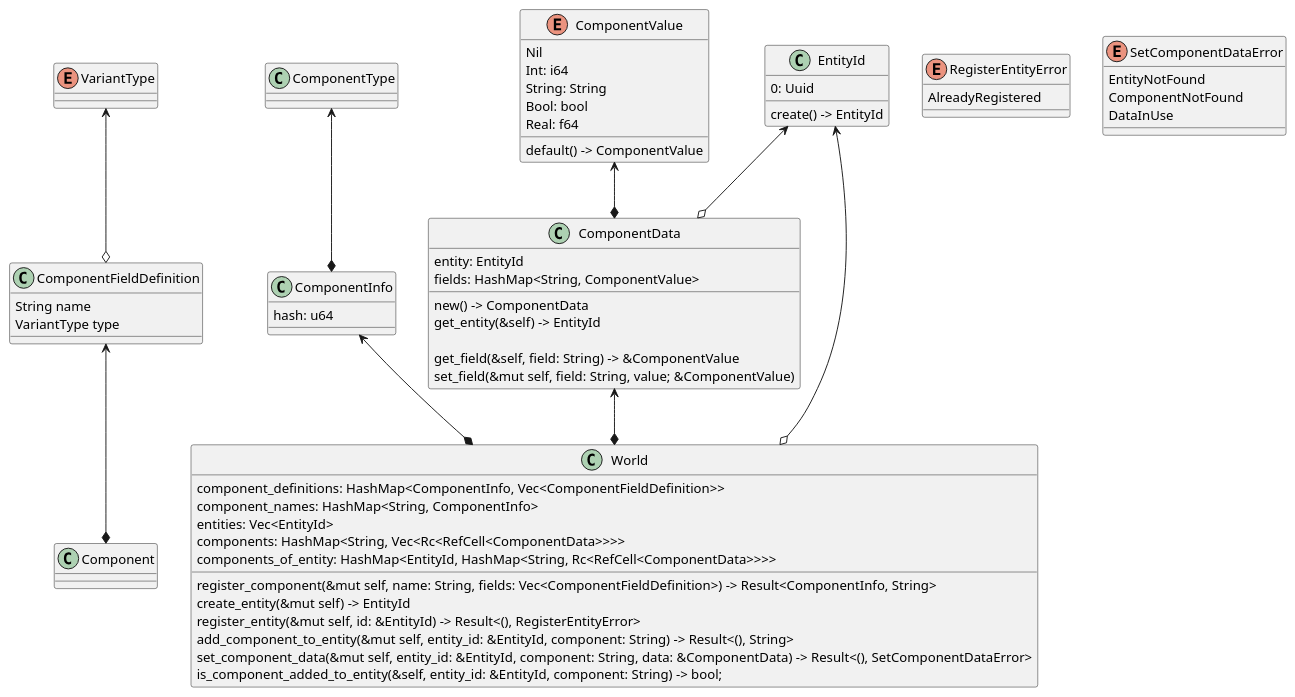
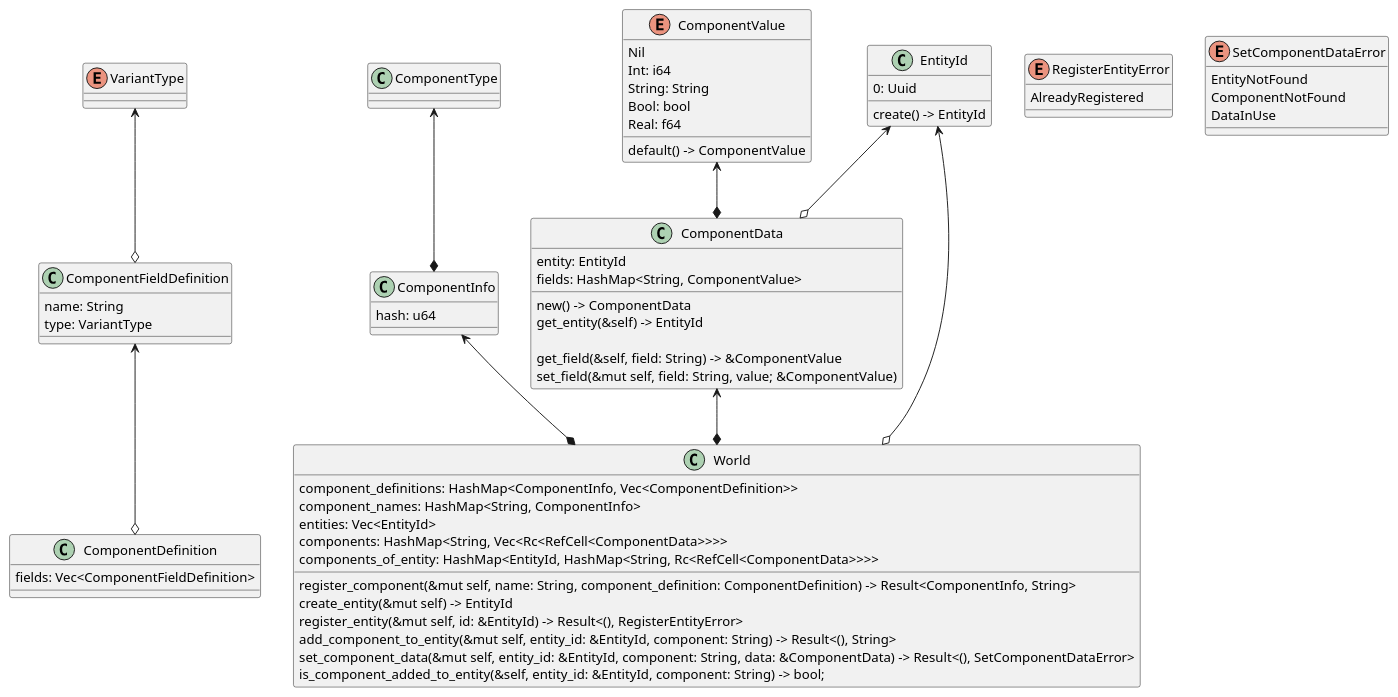
Before and after one commit to Beliar83/godot-component-system: the diagram in model/ClassDiagram.puml, drawn with PlantUML. The commit also changed 11 other files, not shown here.

Commit message:
Refactoring Add ComponentDefinition to hold the fields of a component, instead of a Vec Add some functions to create types from C++

```diff
--- a/model/ClassDiagram.puml
+++ b/model/ClassDiagram.puml
@@ -1,76 +1,80 @@
 @startuml
 'https://plantuml.com/class-diagram
 
 VariantType <--o ComponentFieldDefinition
-ComponentFieldDefinition <--* Component
 ComponentType <--* ComponentInfo
 ComponentInfo <--* World
 ComponentValue <--* ComponentData
 ComponentData <--* World
 EntityId <--o ComponentData
 EntityId <--o World
+ComponentFieldDefinition <--o ComponentDefinition
 
 enum VariantType
 
 class ComponentFieldDefinition {
-    String name
-    VariantType type
+    name: String
+    type: VariantType
+}
+
+class ComponentDefinition {
+    fields: Vec<ComponentFieldDefinition>
 }
 
 class ComponentInfo {
     hash: u64
 }
 
 class ComponentData {
     entity: EntityId
     fields: HashMap<String, ComponentValue>
 
     new() -> ComponentData
     get_entity(&self) -> EntityId
 
     get_field(&self, field: String) -> &ComponentValue
     set_field(&mut self, field: String, value; &ComponentValue)
 }
 
 enum ComponentValue {
     Nil
     Int: i64
     String: String
     Bool: bool
     Real: f64
 
     default() -> ComponentValue
 }
 
 class EntityId {
     0: Uuid
 
     create() -> EntityId
 }
 
 enum RegisterEntityError {
     AlreadyRegistered
 }
 
 enum SetComponentDataError {
     EntityNotFound
     ComponentNotFound
     DataInUse
 }
 
 class World {
-    component_definitions: HashMap<ComponentInfo, Vec<ComponentFieldDefinition>>
+    component_definitions: HashMap<ComponentInfo, Vec<ComponentDefinition>>
     component_names: HashMap<String, ComponentInfo>
     entities: Vec<EntityId>
     components: HashMap<String, Vec<Rc<RefCell<ComponentData>>>>
     components_of_entity: HashMap<EntityId, HashMap<String, Rc<RefCell<ComponentData>>>>
 
-    register_component(&mut self, name: String, fields: Vec<ComponentFieldDefinition>) -> Result<ComponentInfo, String>
+    register_component(&mut self, name: String, component_definition: ComponentDefinition) -> Result<ComponentInfo, String>
     create_entity(&mut self) -> EntityId
     register_entity(&mut self, id: &EntityId) -> Result<(), RegisterEntityError>
     add_component_to_entity(&mut self, entity_id: &EntityId, component: String) -> Result<(), String>
     set_component_data(&mut self, entity_id: &EntityId, component: String, data: &ComponentData) -> Result<(), SetComponentDataError>
     is_component_added_to_entity(&self, entity_id: &EntityId, component: String) -> bool;
 }
 
 @enduml
```
